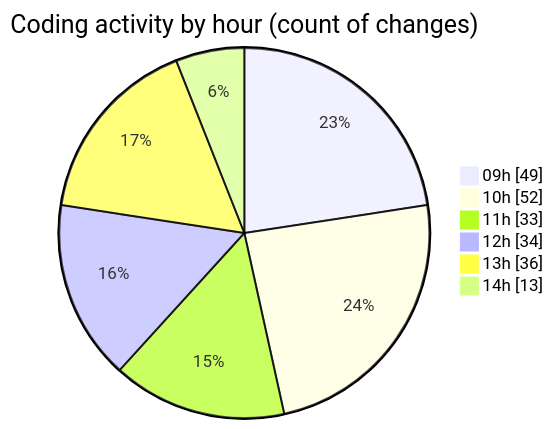
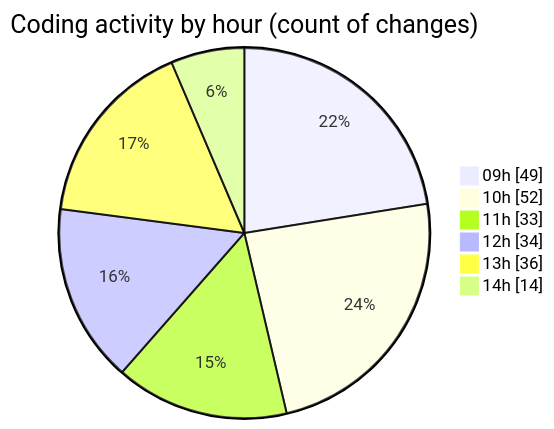
One commit to momahboobian/code-tracking changed the second of 2 diagrams in 2026-08-10/cda/README.md. Above: the diagram before and after it, drawn with Mermaid. The commit also changed other lines of this file and 1 other file, not shown here.

````diff
--- a/2026-08-10/cda/README.md
+++ b/2026-08-10/cda/README.md
@@ -44,10 +44,10 @@
 ```mermaid
 pie showData
 title Coding activity by hour (count of changes)
 "09h" : 49
 "10h" : 52
 "11h" : 33
 "12h" : 34
 "13h" : 36
-"14h" : 13
+"14h" : 14
 ```
````
